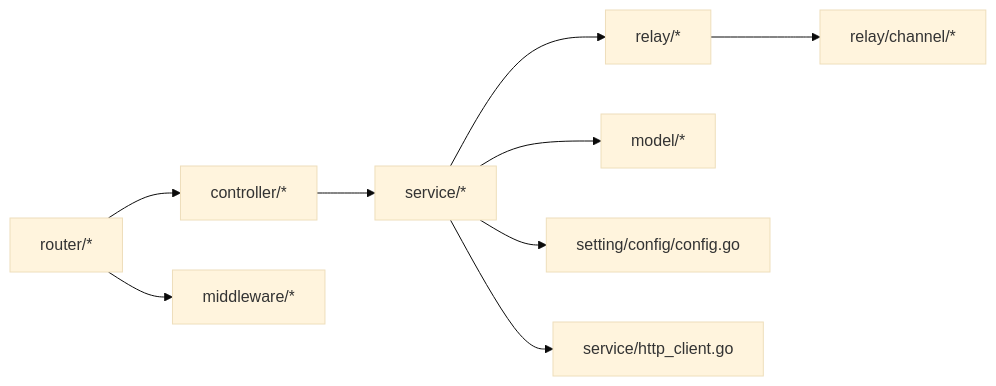
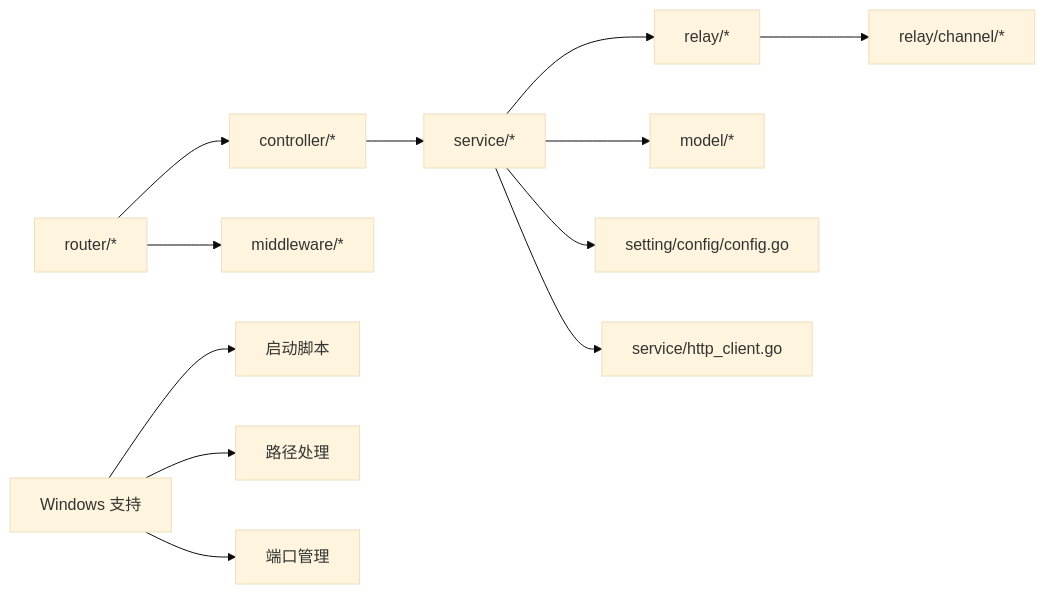
The fourth of 5 diagrams in .qoder/repowiki/zh/content/开发指南/开发指南.md (zhaodechao2008/new-api), drawn with Mermaid (base theme) before and after one commit. The commit also changed other lines of this file and 274 other files, not shown here.

````diff
--- a/.qoder/repowiki/zh/content/开发指南/开发指南.md
+++ b/.qoder/repowiki/zh/content/开发指南/开发指南.md
@@ -343,11 +569,14 @@
 ```mermaid
 graph LR
 Controller["controller/*"] --> Service["service/*"]
 Service --> Relay["relay/*"]
 Relay --> Channels["relay/channel/*"]
 Service --> Model["model/*"]
 Service --> Config["setting/config/config.go"]
 Service --> HTTP["service/http_client.go"]
 Router["router/*"] --> Middleware["middleware/*"]
 Router --> Controller
+Windows["Windows 支持"] --> Scripts["启动脚本"]
+Windows --> Paths["路径处理"]
+Windows --> Ports["端口管理"]
 ```
````
